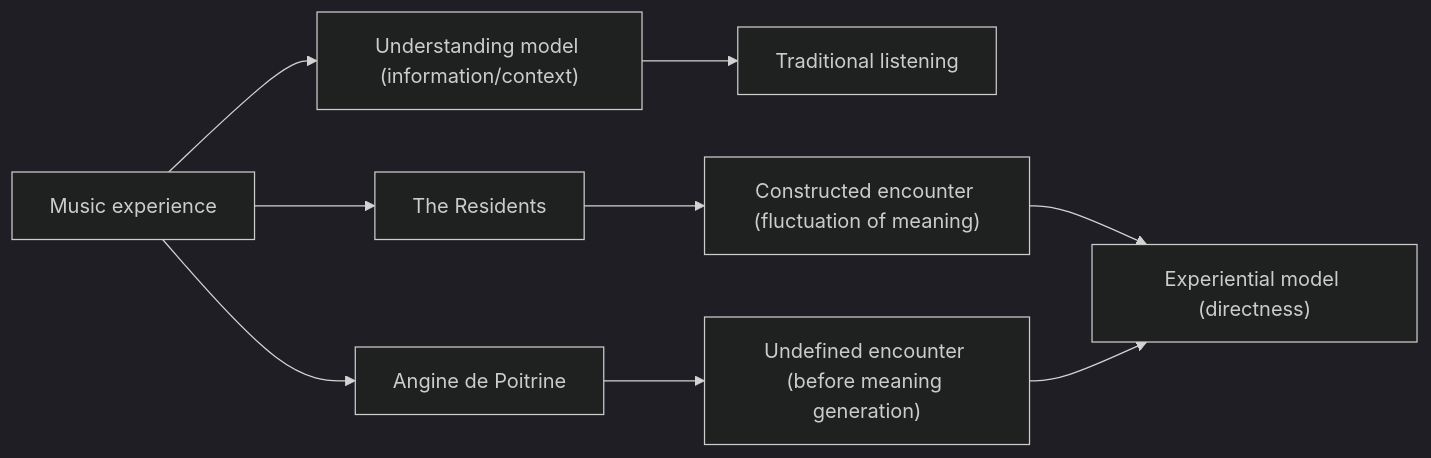
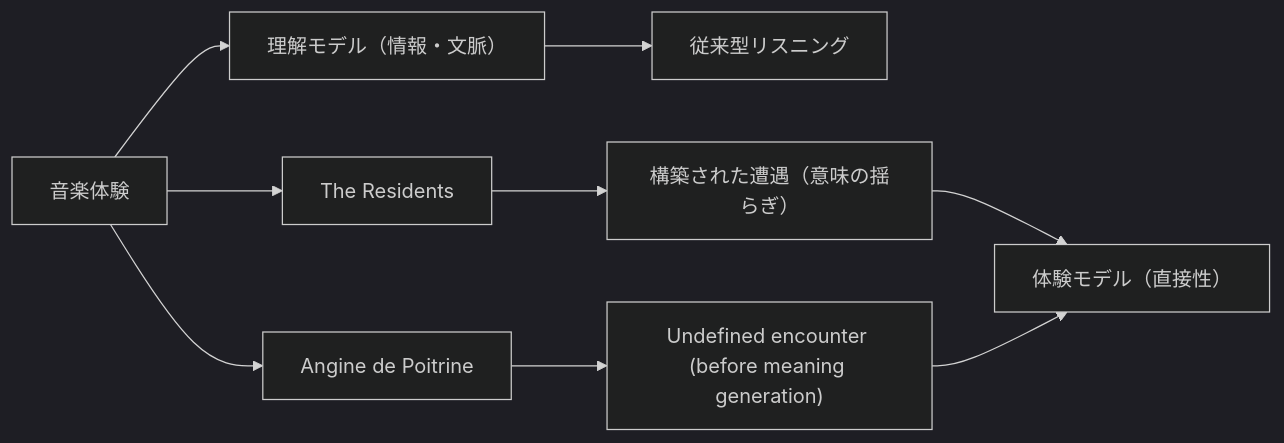
Diagram 11 of 17 in en/_posts/2026-07-06-column-angine-de-poitrine-the-residents.md (monumental-movement/monumental-movement.github.io), drawn with Mermaid (dark theme) before and after one commit. The commit also changed other lines of this file and 2196 other files, not shown here.

```diff
--- a/en/_posts/2026-07-06-column-angine-de-poitrine-the-residents.md
+++ b/en/_posts/2026-07-06-column-angine-de-poitrine-the-residents.md
@@ -1196,19 +1195,19 @@
 <div class="mermaid">
 flowchart LR
 
-A["Music experience"]
-B["Understanding model (information/context)"]
-C["Traditional listening"]
+A["音楽体験"]
+B["理解モデル（情報・文脈）"]
+C["従来型リスニング"]
 
 D["The Residents"]
-E["Constructed encounter (fluctuation of meaning)"]
+E["構築された遭遇（意味の揺らぎ）"]
 
 F["Angine de Poitrine"]
 G["Undefined encounter (before meaning generation)"]
 
-H["Experiential model (directness)"]
+H["体験モデル（直接性）"]
 
 A --> B --> C
 A --> D --> E --> H
 A --> F --> G --> H
 </div>
```
